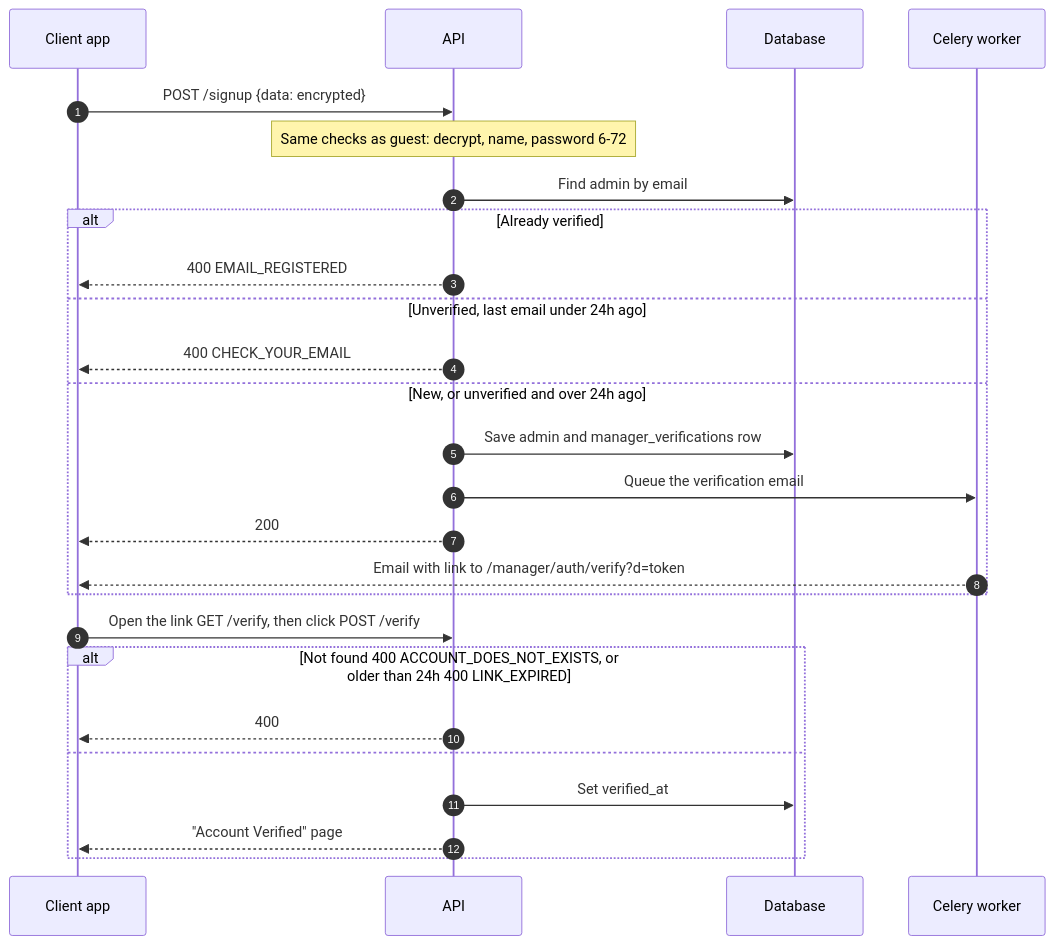
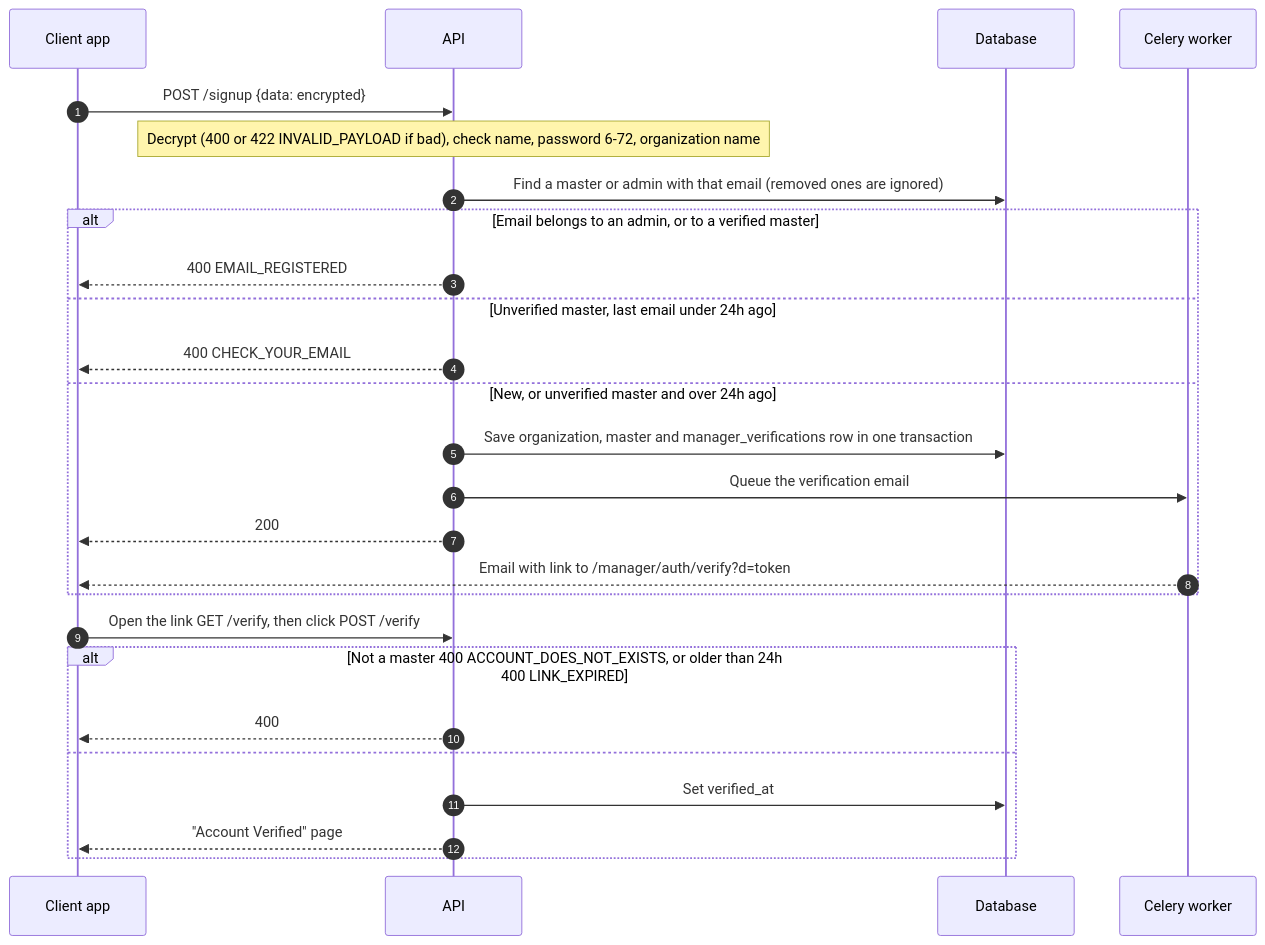
The second of 4 diagrams in documentations/Manager/Auth.md (jvcarpena/cozi-app-be), drawn with Mermaid before and after one commit. The commit also changed other lines of this file and 27 other files, not shown here.

First line of the commit message:
feat: Manager sign up creates a master; admins and masters share auth

````diff
--- a/documentations/Manager/Auth.md
+++ b/documentations/Manager/Auth.md
@@ -22,30 +38,30 @@
 ```mermaid
 sequenceDiagram
     autonumber
     participant C as Client app
     participant A as API
     participant D as Database
     participant W as Celery worker
 
     C->>A: POST /signup {data: encrypted}
-    Note over A: Same checks as guest: decrypt, name, password 6-72
-    A->>D: Find admin by email
-    alt Already verified
+    Note over A: Decrypt (400 or 422 INVALID_PAYLOAD if bad), check name, password 6-72, organization name
+    A->>D: Find a master or admin with that email (removed ones are ignored)
+    alt Email belongs to an admin, or to a verified master
         A-->>C: 400 EMAIL_REGISTERED
-    else Unverified, last email under 24h ago
+    else Unverified master, last email under 24h ago
         A-->>C: 400 CHECK_YOUR_EMAIL
-    else New, or unverified and over 24h ago
-        A->>D: Save admin and manager_verifications row
+    else New, or unverified master and over 24h ago
+        A->>D: Save organization, master and manager_verifications row in one transaction
         A->>W: Queue the verification email
         A-->>C: 200
         W-->>C: Email with link to /manager/auth/verify?d=token
     end
 
     C->>A: Open the link GET /verify, then click POST /verify
-    alt Not found 400 ACCOUNT_DOES_NOT_EXISTS, or older than 24h 400 LINK_EXPIRED
+    alt Not a master 400 ACCOUNT_DOES_NOT_EXISTS, or older than 24h 400 LINK_EXPIRED
         A-->>C: 400
     else
         A->>D: Set verified_at
         A-->>C: "Account Verified" page
     end
 ```
````
